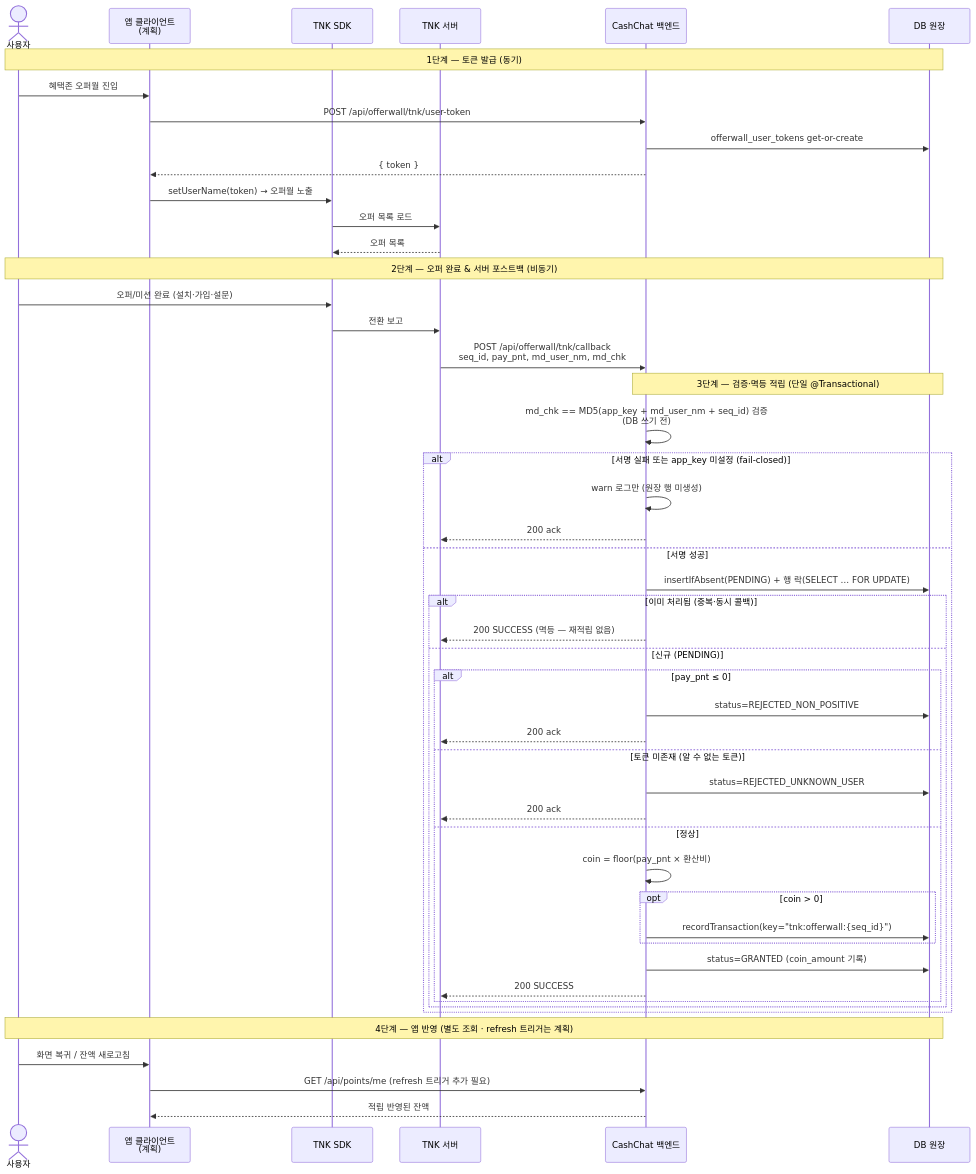
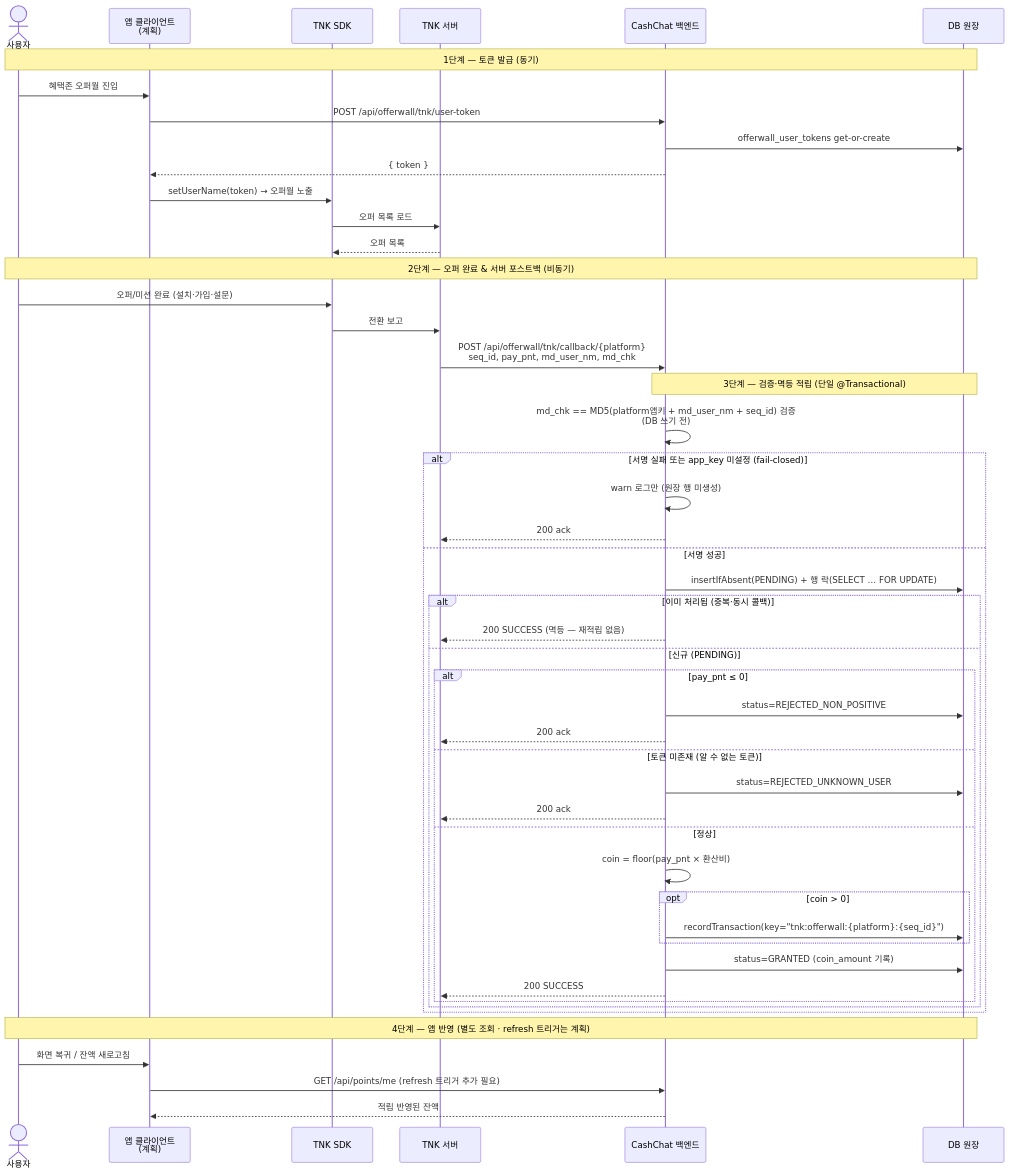
The second of 2 diagrams in docs/features/offerwall/architecture.md (cash-chat-mvp/cash-chat-mvp), drawn with Mermaid before and after one commit. The commit also changed other lines of this file and 3 other files, not shown here.

First line of the commit message:
chore(offerwall): 배포·CI·문서를 TNK 플랫폼별 앱키로 갱신

````diff
--- a/docs/features/offerwall/architecture.md
+++ b/docs/features/offerwall/architecture.md
@@ -76,55 +78,55 @@
 ```mermaid
 sequenceDiagram
     actor User as 사용자
     participant FE as 앱 클라이언트<br/>(계획)
     participant SDK as TNK SDK
     participant TNK as TNK 서버
     participant API as CashChat 백엔드
     participant DB as DB 원장
 
     Note over User,DB: 1단계 — 토큰 발급 (동기)
     User->>FE: 혜택존 오퍼월 진입
     FE->>API: POST /api/offerwall/tnk/user-token
     API->>DB: offerwall_user_tokens get-or-create
     API-->>FE: { token }
     FE->>SDK: setUserName(token) → 오퍼월 노출
     SDK->>TNK: 오퍼 목록 로드
     TNK-->>SDK: 오퍼 목록
 
     Note over User,DB: 2단계 — 오퍼 완료 & 서버 포스트백 (비동기)
     User->>SDK: 오퍼/미션 완료 (설치·가입·설문)
     SDK->>TNK: 전환 보고
-    TNK->>API: POST /api/offerwall/tnk/callback<br/>seq_id, pay_pnt, md_user_nm, md_chk
+    TNK->>API: POST /api/offerwall/tnk/callback/{platform}<br/>seq_id, pay_pnt, md_user_nm, md_chk
 
     Note over API,DB: 3단계 — 검증·멱등 적립 (단일 @Transactional)
-    API->>API: md_chk == MD5(app_key + md_user_nm + seq_id) 검증<br/>(DB 쓰기 전)
+    API->>API: md_chk == MD5(platform앱키 + md_user_nm + seq_id) 검증<br/>(DB 쓰기 전)
     alt 서명 실패 또는 app_key 미설정 (fail-closed)
         API->>API: warn 로그만 (원장 행 미생성)
         API-->>TNK: 200 ack
     else 서명 성공
         API->>DB: insertIfAbsent(PENDING) + 행 락(SELECT … FOR UPDATE)
         alt 이미 처리됨 (중복·동시 콜백)
             API-->>TNK: 200 SUCCESS (멱등 — 재적립 없음)
         else 신규 (PENDING)
             alt pay_pnt ≤ 0
                 API->>DB: status=REJECTED_NON_POSITIVE
                 API-->>TNK: 200 ack
             else 토큰 미존재 (알 수 없는 토큰)
                 API->>DB: status=REJECTED_UNKNOWN_USER
                 API-->>TNK: 200 ack
             else 정상
                 API->>API: coin = floor(pay_pnt × 환산비)
                 opt coin > 0
-                    API->>DB: recordTransaction(key="tnk:offerwall:{seq_id}")
+                    API->>DB: recordTransaction(key="tnk:offerwall:{platform}:{seq_id}")
                 end
                 API->>DB: status=GRANTED (coin_amount 기록)
                 API-->>TNK: 200 SUCCESS
             end
         end
     end
 
     Note over User,DB: 4단계 — 앱 반영 (별도 조회 · refresh 트리거는 계획)
     User->>FE: 화면 복귀 / 잔액 새로고침
     FE->>API: GET /api/points/me (refresh 트리거 추가 필요)
     API-->>FE: 적립 반영된 잔액
 ```
````
